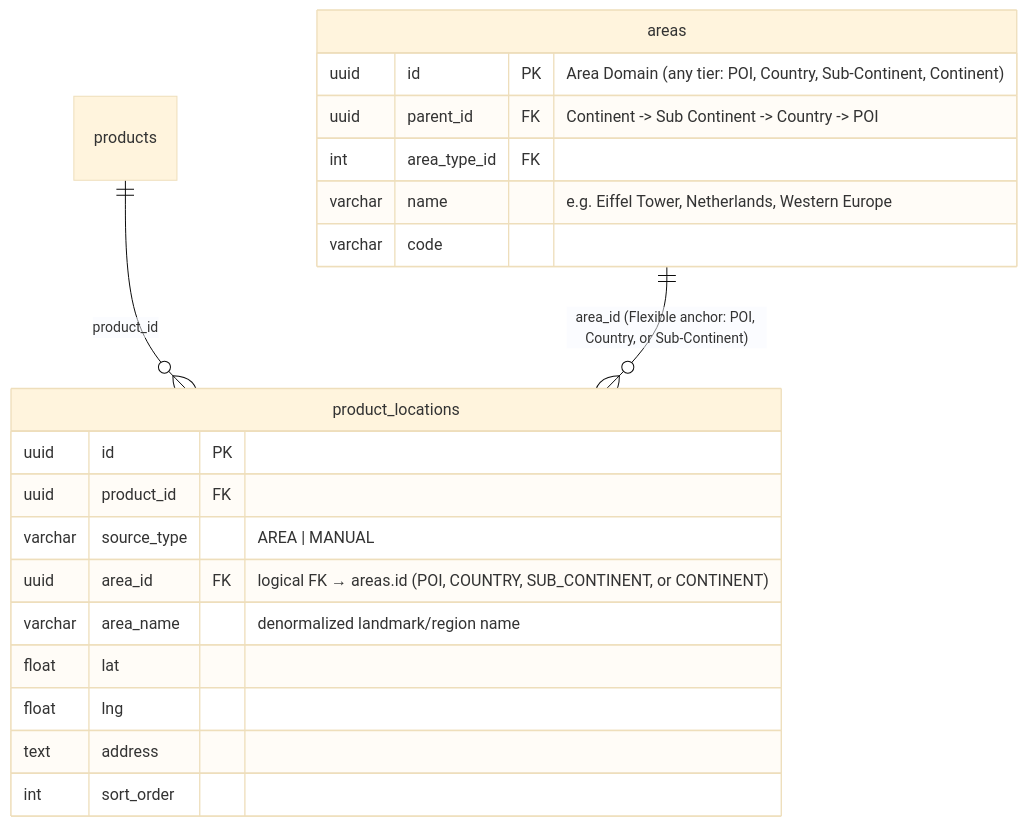
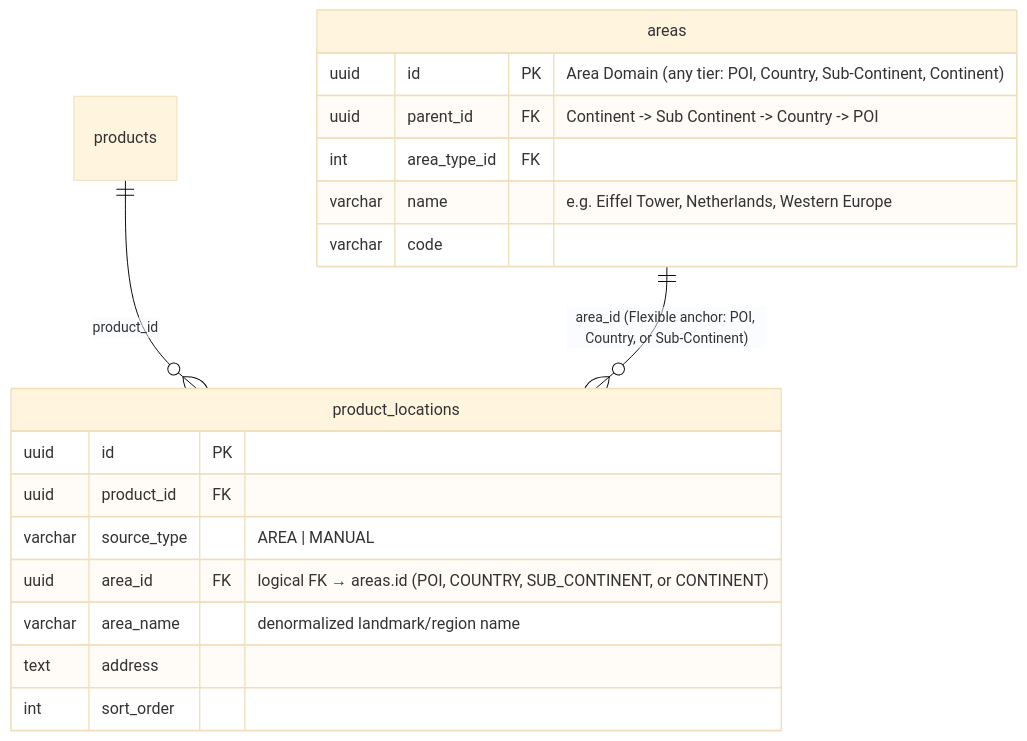
One commit to Haris-saifudin/hobiholidays-documentations changed the fifth of 8 diagrams in technical/product-technical-design.md. Above: the diagram before and after it, drawn with Mermaid (base theme). The commit also changed other lines of this file and 10 other files, not shown here.

First line of the commit message:
refactor(architecture): eliminate all spatial coordinates, booking locks, and cascade deletes

````diff
--- a/technical/product-technical-design.md
+++ b/technical/product-technical-design.md
@@ -765,25 +763,23 @@
 ```mermaid
 erDiagram
     areas {
         uuid      id             PK "Area Domain (any tier: POI, Country, Sub-Continent, Continent)"
         uuid      parent_id      FK "Continent -> Sub Continent -> Country -> POI"
         int       area_type_id   FK
         varchar   name           "e.g. Eiffel Tower, Netherlands, Western Europe"
         varchar   code
     }
 
     product_locations {
         uuid      id          PK
         uuid      product_id  FK
         varchar   source_type "AREA | MANUAL"
         uuid      area_id     FK "logical FK → areas.id (POI, COUNTRY, SUB_CONTINENT, or CONTINENT)"
         varchar   area_name   "denormalized landmark/region name"
-        float     lat
-        float     lng
         text      address
         int       sort_order
     }
 
     products ||--o{ product_locations : "product_id"
     areas    ||--o{ product_locations : "area_id (Flexible anchor: POI, Country, or Sub-Continent)"
 ```
````
